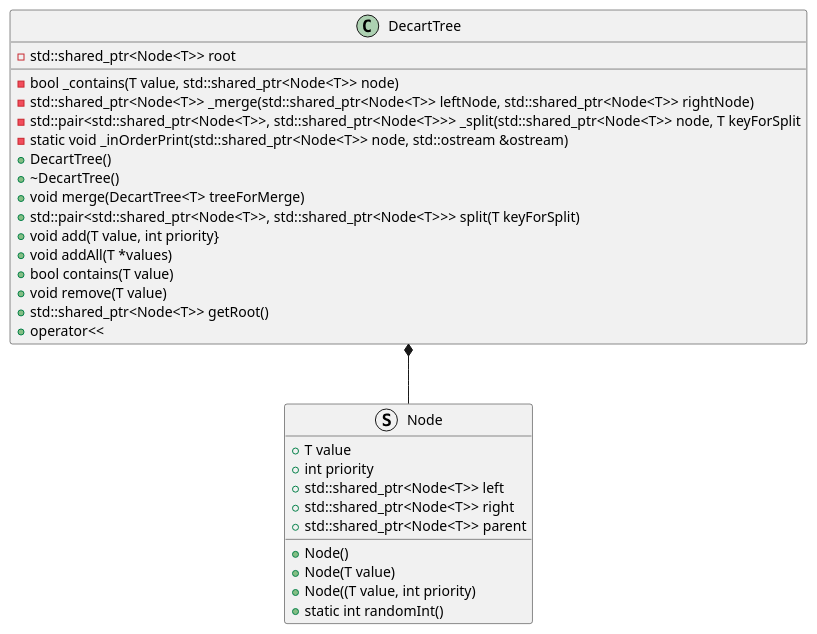
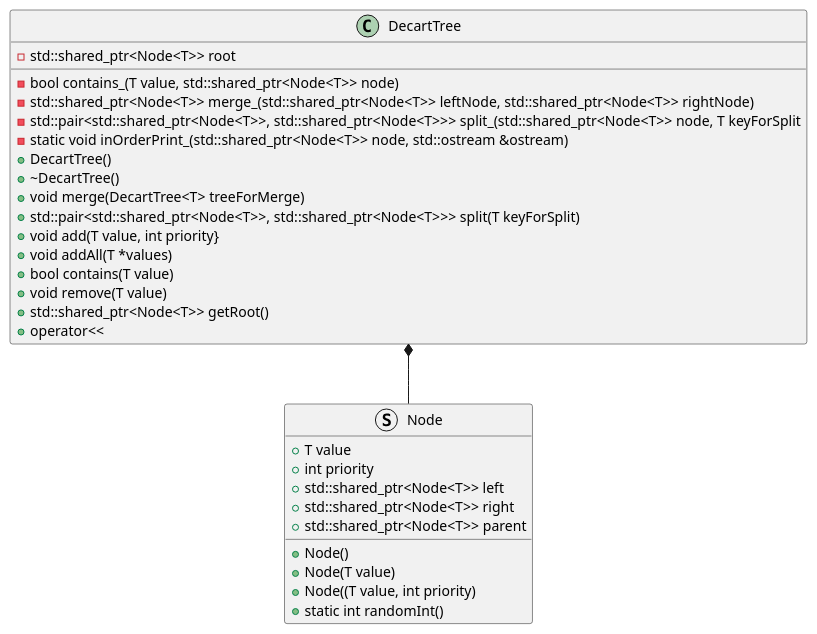
The diagram in DataStructureUML.puml (Divium-l/treap), drawn with PlantUML before and after one commit.

```diff
--- a/DataStructureUML.puml
+++ b/DataStructureUML.puml
@@ -1,37 +1,37 @@
 @startuml
 'https://plantuml.com/class-diagram
 
 
 struct Node {
 +{field}T value
 +{field}int priority
 +{field}std::shared_ptr<Node<T>> left
 +{field}std::shared_ptr<Node<T>> right
 +{field}std::shared_ptr<Node<T>> parent
 +{method}Node()
 +{method}Node(T value)
 +{method}Node((T value, int priority)
 +{method}static int randomInt()
 }
 
 class DecartTree {
 -{field}std::shared_ptr<Node<T>> root
--{method}bool _contains(T value, std::shared_ptr<Node<T>> node)
--{method}std::shared_ptr<Node<T>> _merge(std::shared_ptr<Node<T>> leftNode, std::shared_ptr<Node<T>> rightNode)
--{method}std::pair<std::shared_ptr<Node<T>>, std::shared_ptr<Node<T>>> _split(std::shared_ptr<Node<T>> node, T keyForSplit
--{method}static void _inOrderPrint(std::shared_ptr<Node<T>> node, std::ostream &ostream)
+-{method}bool contains_(T value, std::shared_ptr<Node<T>> node)
+-{method}std::shared_ptr<Node<T>> merge_(std::shared_ptr<Node<T>> leftNode, std::shared_ptr<Node<T>> rightNode)
+-{method}std::pair<std::shared_ptr<Node<T>>, std::shared_ptr<Node<T>>> split_(std::shared_ptr<Node<T>> node, T keyForSplit
+-{method}static void inOrderPrint_(std::shared_ptr<Node<T>> node, std::ostream &ostream)
 +{method}DecartTree()
 +{method}~DecartTree()
 +{method}void merge(DecartTree<T> treeForMerge)
 +{method}std::pair<std::shared_ptr<Node<T>>, std::shared_ptr<Node<T>>> split(T keyForSplit)
 +{method}void add(T value, int priority}
 +{method}void addAll(T *values)
 +{method}bool contains(T value)
 +{method}void remove(T value)
 +{method}std::shared_ptr<Node<T>> getRoot()
 +{method}operator<<
 }
 
 DecartTree*--Node
 
 @enduml
```
